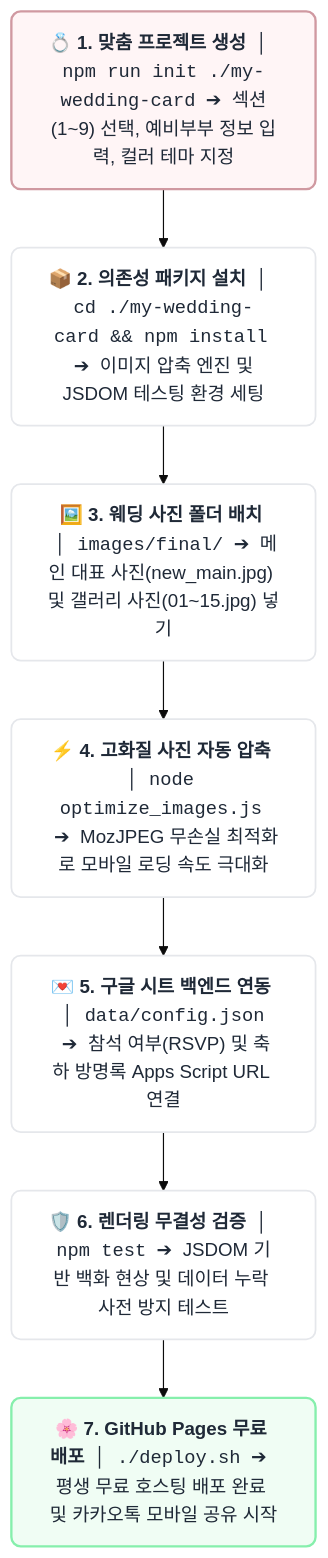
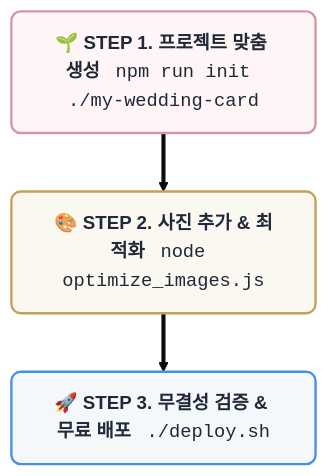
The diagram in .agents/skills/mobile-wedding-card/README.md (unoShin/wedding-card), drawn with Mermaid (base theme) before and after one commit.

Commit message:
Auto-deploy verification passed: 2026-08-28 17:44:25

````diff
--- a/.agents/skills/mobile-wedding-card/README.md
+++ b/.agents/skills/mobile-wedding-card/README.md
@@ -116,19 +116,17 @@
 ```mermaid
 flowchart TD
-    A["💍 <b>1. 맞춤 프로젝트 생성</b> &nbsp;│&nbsp; <code>npm run init ./my-wedding-card</code> &nbsp;➔&nbsp; 섹션(1~9) 선택, 예비부부 정보 입력, 컬러 테마 지정"]
-    B["📦 <b>2. 의존성 패키지 설치</b> &nbsp;│&nbsp; <code>cd ./my-wedding-card && npm install</code> &nbsp;➔&nbsp; 이미지 압축 엔진 및 JSDOM 테스팅 환경 세팅"]
-    C["🖼️ <b>3. 웨딩 사진 폴더 배치</b> &nbsp;│&nbsp; <code>images/final/</code> &nbsp;➔&nbsp; 메인 대표 사진(new_main.jpg) 및 갤러리 사진(01~15.jpg) 넣기"]
-    D["⚡ <b>4. 고화질 사진 자동 압축</b> &nbsp;│&nbsp; <code>node optimize_images.js</code> &nbsp;➔&nbsp; MozJPEG 무손실 최적화로 모바일 로딩 속도 극대화"]
-    E["💌 <b>5. 구글 시트 백엔드 연동</b> &nbsp;│&nbsp; <code>data/config.json</code> &nbsp;➔&nbsp; 참석 여부(RSVP) 및 축하 방명록 Apps Script URL 연결"]
-    F["🛡️ <b>6. 렌더링 무결성 검증</b> &nbsp;│&nbsp; <code>npm test</code> &nbsp;➔&nbsp; JSDOM 기반 백화 현상 및 데이터 누락 사전 방지 테스트"]
-    G["🌸 <b>7. GitHub Pages 무료 배포</b> &nbsp;│&nbsp; <code>./deploy.sh</code> &nbsp;➔&nbsp; 평생 무료 호스팅 배포 완료 및 카카오톡 모바일 공유 시작"]
+    Step1["🌱 <b>STEP 1. 프로젝트 맞춤 생성</b> &nbsp; <code>npm run init ./my-wedding-card</code>"]
+    Step2["🎨 <b>STEP 2. 사진 추가 & 최적화</b> &nbsp; <code>node optimize_images.js</code>"]
+    Step3["🚀 <b>STEP 3. 무결성 검증 & 무료 배포</b> &nbsp; <code>./deploy.sh</code>"]
 
-    A --> B --> C --> D --> E --> F --> G
+    Step1 ==> Step2 ==> Step3
 
-    classDef default fill:#ffffff,stroke:#e5e7eb,stroke-width:1.5px,color:#1f2937,rx:8px,ry:8px;
-    classDef startNode fill:#fff5f6,stroke:#d099a1,stroke-width:2px,color:#1f2937,rx:8px,ry:8px;
-    classDef endNode fill:#f0fdf4,stroke:#86efac,stroke-width:2px,color:#1f2937,rx:8px,ry:8px;
+    %% Clean High-Contrast Step Styling
+    classDef stepPink fill:#fff5f6,stroke:#d099a1,stroke-width:2px,color:#1f2937,rx:8px,ry:8px;
+    classDef stepGold fill:#fbf8f2,stroke:#c5a059,stroke-width:2px,color:#1f2937,rx:8px,ry:8px;
+    classDef stepBlue fill:#f4f8fb,stroke:#4a90e2,stroke-width:2px,color:#1f2937,rx:8px,ry:8px;
 
-    class A startNode;
-    class G endNode;
+    class Step1 stepPink;
+    class Step2 stepGold;
+    class Step3 stepBlue;
 ```
````
